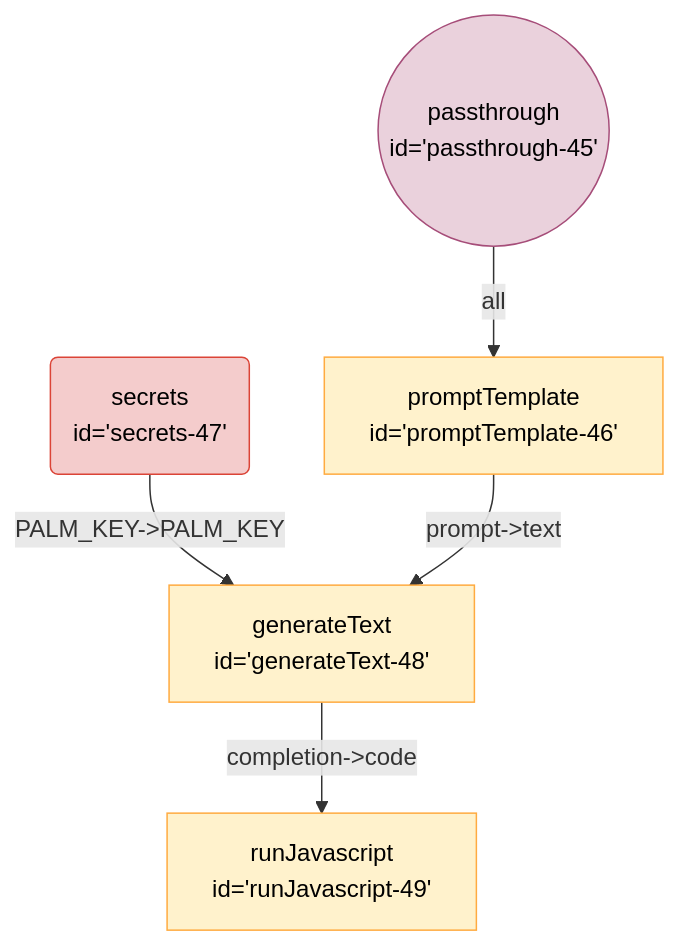
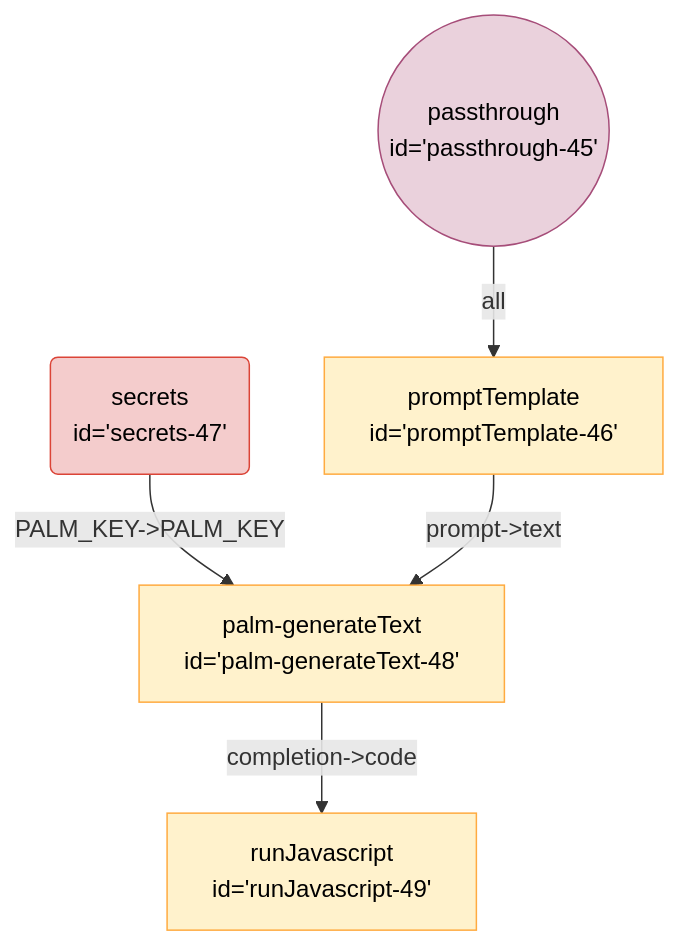
One commit to breadboard-ai/breadboard changed the diagram in seeds/breadboard-web/docs/graphs/new/math-inline-chain.md. Above: the diagram before and after it, drawn with Mermaid. The commit also changed 55 other files, not shown here.

````diff
--- a/seeds/breadboard-web/docs/graphs/new/math-inline-chain.md
+++ b/seeds/breadboard-web/docs/graphs/new/math-inline-chain.md
@@ -3,16 +3,16 @@
 ```mermaid
 %%{init: 'themeVariables': { 'fontFamily': 'Fira Code, monospace' }}%%
 graph TD;
-generateText48["generateText <br> id='generateText-48'"] -- "completion->code" --> runJavascript49["runJavascript <br> id='runJavascript-49'"]
-secrets47("secrets <br> id='secrets-47'"):::secrets -- "PALM_KEY->PALM_KEY" --> generateText48["generateText <br> id='generateText-48'"]
-promptTemplate46["promptTemplate <br> id='promptTemplate-46'"] -- "prompt->text" --> generateText48["generateText <br> id='generateText-48'"]
+palmgenerateText48["palm-generateText <br> id='palm-generateText-48'"] -- "completion->code" --> runJavascript49["runJavascript <br> id='runJavascript-49'"]
+secrets47("secrets <br> id='secrets-47'"):::secrets -- "PALM_KEY->PALM_KEY" --> palmgenerateText48["palm-generateText <br> id='palm-generateText-48'"]
+promptTemplate46["promptTemplate <br> id='promptTemplate-46'"] -- "prompt->text" --> palmgenerateText48["palm-generateText <br> id='palm-generateText-48'"]
 passthrough45(("passthrough <br> id='passthrough-45'")):::passthrough -- all --> promptTemplate46["promptTemplate <br> id='promptTemplate-46'"]
 classDef default stroke:#ffab40,fill:#fff2ccff,color:#000
 classDef input stroke:#3c78d8,fill:#c9daf8ff,color:#000
 classDef output stroke:#38761d,fill:#b6d7a8ff,color:#000
 classDef passthrough stroke:#a64d79,fill:#ead1dcff,color:#000
 classDef slot stroke:#a64d79,fill:#ead1dcff,color:#000
 classDef config stroke:#a64d79,fill:#ead1dcff,color:#000
 classDef secrets stroke:#db4437,fill:#f4cccc,color:#000
 classDef slotted stroke:#a64d79
 ```
````
